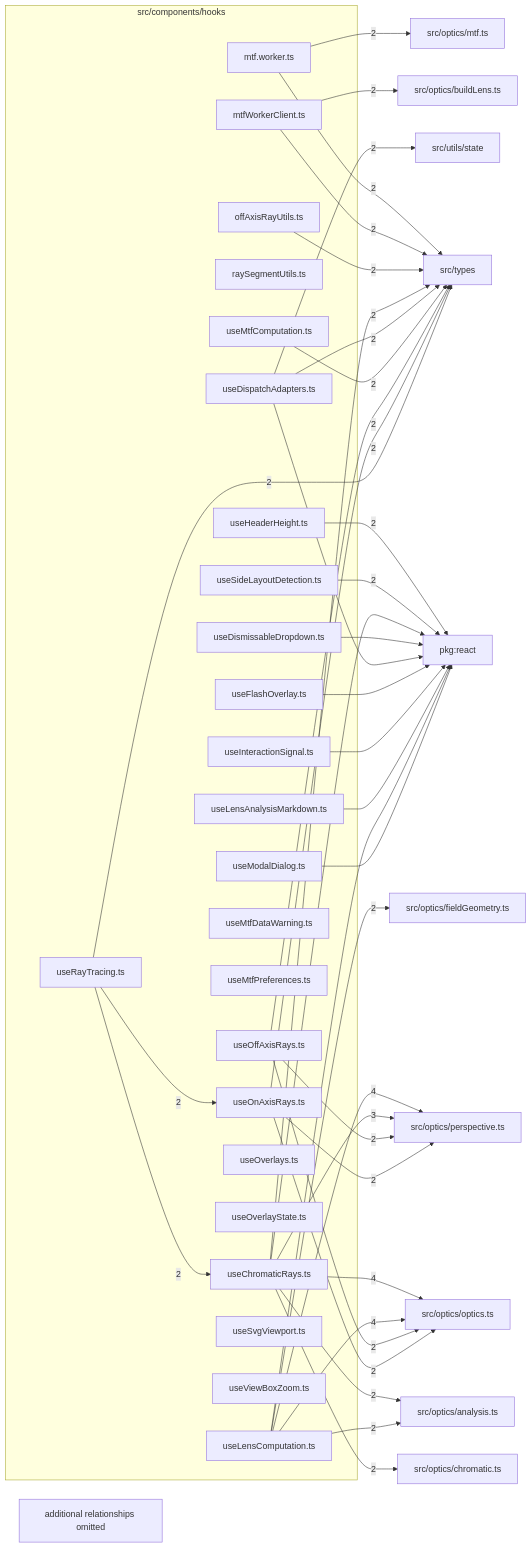
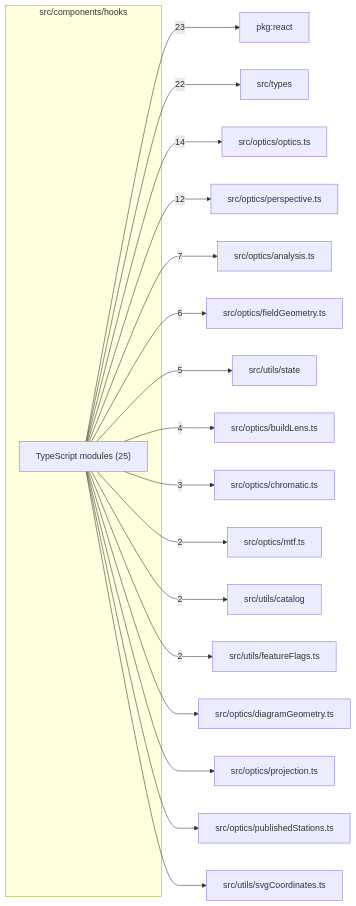
One commit to ronbuening/LensVisualizer changed the diagram in src/components/hooks/readme.md. Above: the diagram before and after it, drawn with Mermaid. The commit also changed other lines of this file and 6 other files, not shown here.

````diff
--- a/src/components/hooks/readme.md
+++ b/src/components/hooks/readme.md
@@ -9,76 +9,38 @@
 ```mermaid
 flowchart LR
   subgraph n_src_components_hooks["src/components/hooks"]
-    n_src_components_hooks_src_components_hooks_mtf_worker_ts["mtf.worker.ts"]
-    n_src_components_hooks_src_components_hooks_mtfWorkerClient_ts["mtfWorkerClient.ts"]
-    n_src_components_hooks_src_components_hooks_offAxisRayUtils_ts["offAxisRayUtils.ts"]
-    n_src_components_hooks_src_components_hooks_raySegmentUtils_ts["raySegmentUtils.ts"]
-    n_src_components_hooks_src_components_hooks_useChromaticRays_ts["useChromaticRays.ts"]
-    n_src_components_hooks_src_components_hooks_useDismissableDropdown_ts["useDismissableDropdown.ts"]
-    n_src_components_hooks_src_components_hooks_useDispatchAdapters_ts["useDispatchAdapters.ts"]
-    n_src_components_hooks_src_components_hooks_useFlashOverlay_ts["useFlashOverlay.ts"]
-    n_src_components_hooks_src_components_hooks_useHeaderHeight_ts["useHeaderHeight.ts"]
-    n_src_components_hooks_src_components_hooks_useInteractionSignal_ts["useInteractionSignal.ts"]
-    n_src_components_hooks_src_components_hooks_useLensAnalysisMarkdown_ts["useLensAnalysisMarkdown.ts"]
-    n_src_components_hooks_src_components_hooks_useLensComputation_ts["useLensComputation.ts"]
-    n_src_components_hooks_src_components_hooks_useModalDialog_ts["useModalDialog.ts"]
-    n_src_components_hooks_src_components_hooks_useMtfComputation_ts["useMtfComputation.ts"]
-    n_src_components_hooks_src_components_hooks_useMtfDataWarning_ts["useMtfDataWarning.ts"]
-    n_src_components_hooks_src_components_hooks_useMtfPreferences_ts["useMtfPreferences.ts"]
-    n_src_components_hooks_src_components_hooks_useOffAxisRays_ts["useOffAxisRays.ts"]
-    n_src_components_hooks_src_components_hooks_useOnAxisRays_ts["useOnAxisRays.ts"]
-    n_src_components_hooks_src_components_hooks_useOverlays_ts["useOverlays.ts"]
-    n_src_components_hooks_src_components_hooks_useOverlayState_ts["useOverlayState.ts"]
-    n_src_components_hooks_src_components_hooks_useRayTracing_ts["useRayTracing.ts"]
-    n_src_components_hooks_src_components_hooks_useSideLayoutDetection_ts["useSideLayoutDetection.ts"]
-    n_src_components_hooks_src_components_hooks_useSvgViewport_ts["useSvgViewport.ts"]
-    n_src_components_hooks_src_components_hooks_useViewBoxZoom_ts["useViewBoxZoom.ts"]
+    n_src_components_hooks_TypeScript_modules["TypeScript modules (25)"]
   end
+  n_external_pkg_react["pkg:react"]
+  n_external_src_types["src/types"]
   n_external_src_optics_optics_ts["src/optics/optics.ts"]
   n_external_src_optics_perspective_ts["src/optics/perspective.ts"]
-  n_external_pkg_react["pkg:react"]
   n_external_src_optics_analysis_ts["src/optics/analysis.ts"]
+  n_external_src_optics_fieldGeometry_ts["src/optics/fieldGeometry.ts"]
+  n_external_src_utils_state["src/utils/state"]
   n_external_src_optics_buildLens_ts["src/optics/buildLens.ts"]
   n_external_src_optics_chromatic_ts["src/optics/chromatic.ts"]
-  n_external_src_optics_fieldGeometry_ts["src/optics/fieldGeometry.ts"]
   n_external_src_optics_mtf_ts["src/optics/mtf.ts"]
-  n_external_src_types["src/types"]
-  n_external_src_utils_state["src/utils/state"]
-  n_src_components_hooks_src_components_hooks_useChromaticRays_ts --> |4| n_external_src_optics_optics_ts
-  n_src_components_hooks_src_components_hooks_useLensComputation_ts --> |4| n_external_src_optics_optics_ts
-  n_src_components_hooks_src_components_hooks_useLensComputation_ts --> |4| n_external_src_optics_perspective_ts
-  n_src_components_hooks_src_components_hooks_useChromaticRays_ts --> |3| n_external_src_optics_perspective_ts
-  n_src_components_hooks_src_components_hooks_useHeaderHeight_ts --> |2| n_external_pkg_react
-  n_src_components_hooks_src_components_hooks_useSideLayoutDetection_ts --> |2| n_external_pkg_react
-  n_src_components_hooks_src_components_hooks_useChromaticRays_ts --> |2| n_external_src_optics_analysis_ts
-  n_src_components_hooks_src_components_hooks_useLensComputation_ts --> |2| n_external_src_optics_analysis_ts
-  n_src_components_hooks_src_components_hooks_mtfWorkerClient_ts --> |2| n_external_src_optics_buildLens_ts
-  n_src_components_hooks_src_components_hooks_useChromaticRays_ts --> |2| n_external_src_optics_chromatic_ts
-  n_src_components_hooks_src_components_hooks_useLensComputation_ts --> |2| n_external_src_optics_fieldGeometry_ts
-  n_src_components_hooks_src_components_hooks_mtf_worker_ts --> |2| n_external_src_optics_mtf_ts
-  n_src_components_hooks_src_components_hooks_useOffAxisRays_ts --> |2| n_external_src_optics_optics_ts
-  n_src_components_hooks_src_components_hooks_useOnAxisRays_ts --> |2| n_external_src_optics_optics_ts
-  n_src_components_hooks_src_components_hooks_useOffAxisRays_ts --> |2| n_external_src_optics_perspective_ts
-  n_src_components_hooks_src_components_hooks_useOnAxisRays_ts --> |2| n_external_src_optics_perspective_ts
-  n_src_components_hooks_src_components_hooks_mtf_worker_ts --> |2| n_external_src_types
-  n_src_components_hooks_src_components_hooks_mtfWorkerClient_ts --> |2| n_external_src_types
-  n_src_components_hooks_src_components_hooks_offAxisRayUtils_ts --> |2| n_external_src_types
-  n_src_components_hooks_src_components_hooks_useChromaticRays_ts --> |2| n_external_src_types
-  n_src_components_hooks_src_components_hooks_useDispatchAdapters_ts --> |2| n_external_src_types
-  n_src_components_hooks_src_components_hooks_useMtfComputation_ts --> |2| n_external_src_types
-  n_src_components_hooks_src_components_hooks_useOffAxisRays_ts --> |2| n_external_src_types
-  n_src_components_hooks_src_components_hooks_useOnAxisRays_ts --> |2| n_external_src_types
-  n_src_components_hooks_src_components_hooks_useRayTracing_ts --> |2| n_external_src_types
-  n_src_components_hooks_src_components_hooks_useDispatchAdapters_ts --> |2| n_external_src_utils_state
-  n_src_components_hooks_src_components_hooks_useRayTracing_ts --> |2| n_src_components_hooks_src_components_hooks_useChromaticRays_ts
-  n_src_components_hooks_src_components_hooks_useRayTracing_ts --> |2| n_src_components_hooks_src_components_hooks_useOnAxisRays_ts
-  n_src_components_hooks_src_components_hooks_useChromaticRays_ts --> n_external_pkg_react
-  n_src_components_hooks_src_components_hooks_useDismissableDropdown_ts --> n_external_pkg_react
-  n_src_components_hooks_src_components_hooks_useDispatchAdapters_ts --> n_external_pkg_react
-  n_src_components_hooks_src_components_hooks_useFlashOverlay_ts --> n_external_pkg_react
-  n_src_components_hooks_src_components_hooks_useInteractionSignal_ts --> n_external_pkg_react
-  n_src_components_hooks_src_components_hooks_useLensAnalysisMarkdown_ts --> n_external_pkg_react
-  n_src_components_hooks_src_components_hooks_useLensComputation_ts --> n_external_pkg_react
-  n_src_components_hooks_src_components_hooks_useModalDialog_ts --> n_external_pkg_react
-  n_src_components_hooks_truncated["additional relationships omitted"]
+  n_external_src_utils_catalog["src/utils/catalog"]
+  n_external_src_utils_featureFlags_ts["src/utils/featureFlags.ts"]
+  n_external_src_optics_diagramGeometry_ts["src/optics/diagramGeometry.ts"]
+  n_external_src_optics_projection_ts["src/optics/projection.ts"]
+  n_external_src_optics_publishedStations_ts["src/optics/publishedStations.ts"]
+  n_external_src_utils_svgCoordinates_ts["src/utils/svgCoordinates.ts"]
+  n_src_components_hooks_TypeScript_modules --> |23| n_external_pkg_react
+  n_src_components_hooks_TypeScript_modules --> |22| n_external_src_types
+  n_src_components_hooks_TypeScript_modules --> |14| n_external_src_optics_optics_ts
+  n_src_components_hooks_TypeScript_modules --> |12| n_external_src_optics_perspective_ts
+  n_src_components_hooks_TypeScript_modules --> |7| n_external_src_optics_analysis_ts
+  n_src_components_hooks_TypeScript_modules --> |6| n_external_src_optics_fieldGeometry_ts
+  n_src_components_hooks_TypeScript_modules --> |5| n_external_src_utils_state
+  n_src_components_hooks_TypeScript_modules --> |4| n_external_src_optics_buildLens_ts
+  n_src_components_hooks_TypeScript_modules --> |3| n_external_src_optics_chromatic_ts
+  n_src_components_hooks_TypeScript_modules --> |2| n_external_src_optics_mtf_ts
+  n_src_components_hooks_TypeScript_modules --> |2| n_external_src_utils_catalog
+  n_src_components_hooks_TypeScript_modules --> |2| n_external_src_utils_featureFlags_ts
+  n_src_components_hooks_TypeScript_modules --> n_external_src_optics_diagramGeometry_ts
+  n_src_components_hooks_TypeScript_modules --> n_external_src_optics_projection_ts
+  n_src_components_hooks_TypeScript_modules --> n_external_src_optics_publishedStations_ts
+  n_src_components_hooks_TypeScript_modules --> n_external_src_utils_svgCoordinates_ts
 ```
````
